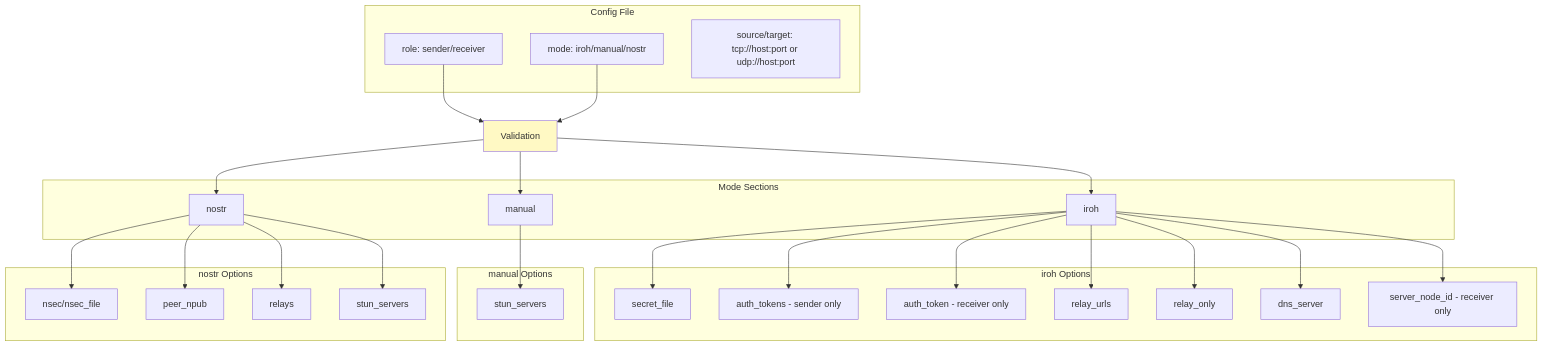
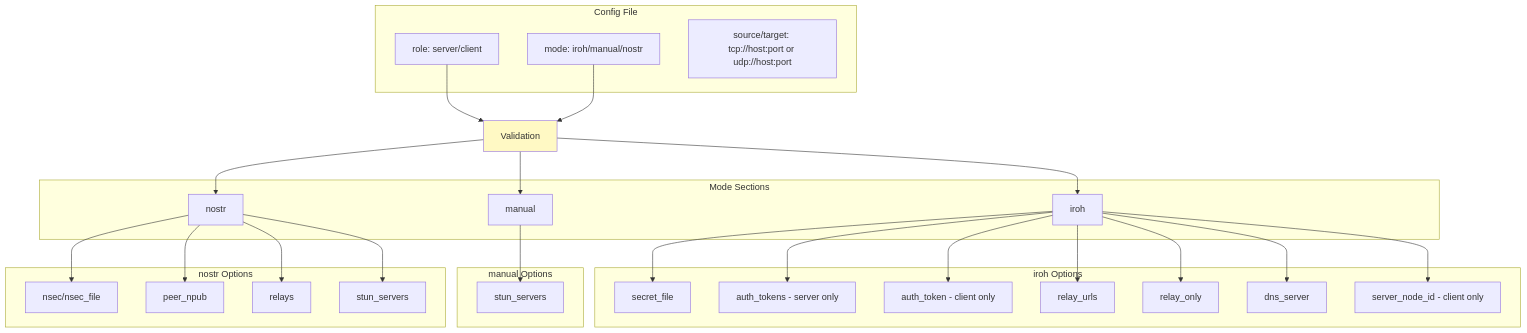
Before and after one commit to andrewtheguy/vpn-rs: diagram 22 of 35 in docs/ARCHITECTURE.md, drawn with Mermaid. The commit also changed other lines of this file, not shown here.

Commit message:
feat: update architecture documentation to reflect server-client terminology in configuration and options

````diff
--- a/docs/ARCHITECTURE.md
+++ b/docs/ARCHITECTURE.md
@@ -944,57 +944,57 @@
 ```mermaid
 graph TB
     subgraph "Config File"
-        A[role: sender/receiver]
+        A[role: server/client]
         B[mode: iroh/manual/nostr]
         C[source/target: tcp://host:port or udp://host:port]
     end
 
     subgraph "Mode Sections"
         E[iroh]
         G[manual]
         H[nostr]
     end
 
     subgraph "iroh Options"
         I[secret_file]
-        I2[auth_tokens - sender only]
-        I3[auth_token - receiver only]
+        I2[auth_tokens - server only]
+        I3[auth_token - client only]
         J[relay_urls]
         K[relay_only]
         L[dns_server]
-        M[server_node_id - receiver only]
+        M[server_node_id - client only]
     end
 
     subgraph "manual Options"
         N[stun_servers]
     end
 
     subgraph "nostr Options"
         O[nsec/nsec_file]
         P[peer_npub]
         Q[relays]
         R[stun_servers]
     end
 
     A --> S[Validation]
     B --> S
     S --> E
     S --> G
     S --> H
 
     E --> I
     E --> I2
     E --> I3
     E --> J
     E --> K
     E --> L
     E --> M
 
     G --> N
     H --> O
     H --> P
     H --> Q
     H --> R
 
     style S fill:#FFF9C4
 ```
````
